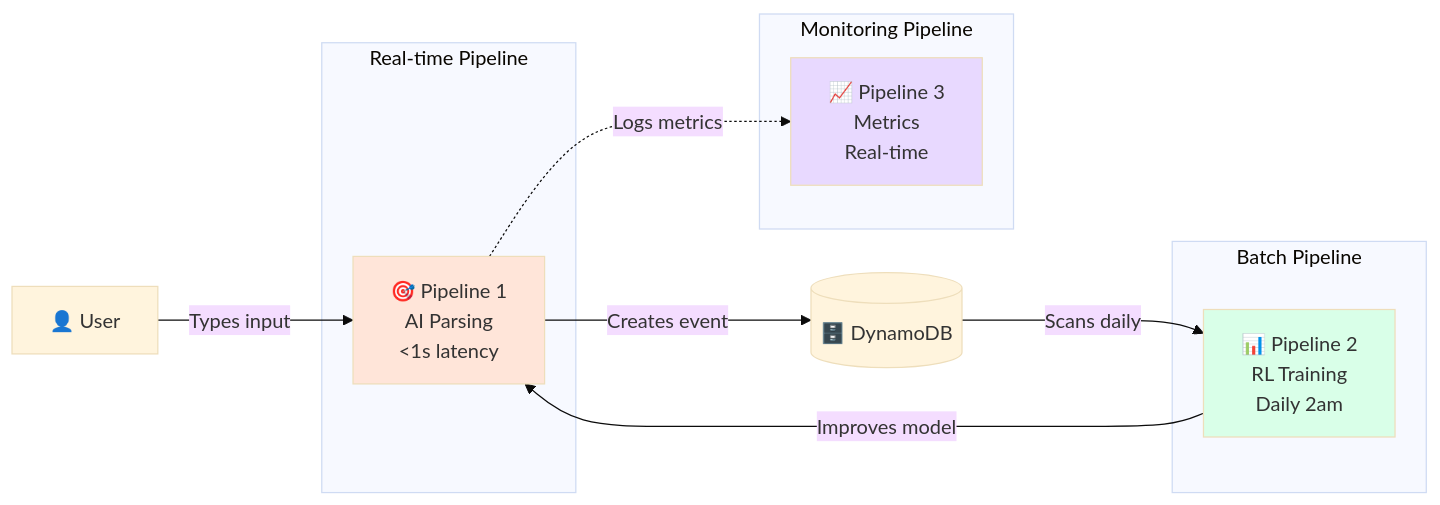
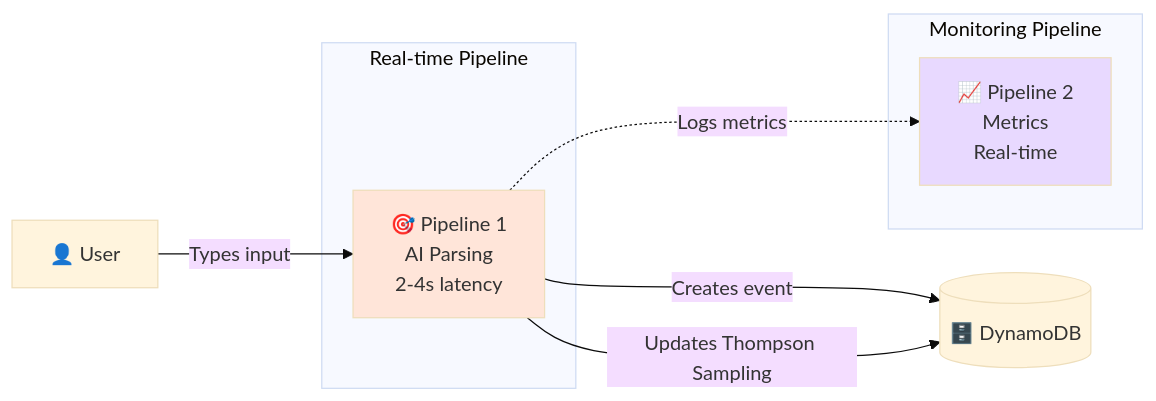
Before and after one commit to UofT-CSC490-W2026/Peachy: the first of 8 diagrams in AI_DATA_PIPELINE.md, drawn with Mermaid (base theme). The commit also changed other lines of this file and 3 other files, not shown here.

````diff
--- a/AI_DATA_PIPELINE.md
+++ b/AI_DATA_PIPELINE.md
@@ -33,24 +33,18 @@
 ```mermaid
 graph LR
     subgraph "Real-time Pipeline"
-        P1[🎯 Pipeline 1<br/>AI Parsing<br/>&lt;1s latency]
-    end
-
-    subgraph "Batch Pipeline"
-        P2[📊 Pipeline 2<br/>RL Training<br/>Daily 2am]
+        P1[🎯 Pipeline 1<br/>AI Parsing<br/>2-4s latency]
     end
 
     subgraph "Monitoring Pipeline"
-        P3[📈 Pipeline 3<br/>Metrics<br/>Real-time]
+        P2[📈 Pipeline 2<br/>Metrics<br/>Real-time]
     end
 
     USER[👤 User] -->|Types input| P1
     P1 -->|Creates event| DB[(🗄️ DynamoDB)]
-    P1 -.->|Logs metrics| P3
-    DB -->|Scans daily| P2
-    P2 -->|Improves model| P1
+    P1 -->|Updates Thompson Sampling| DB
+    P1 -.->|Logs metrics| P2
 
     style P1 fill:#FFE5D9
-    style P2 fill:#D9FFE8
-    style P3 fill:#E8D9FF
+    style P2 fill:#E8D9FF
 ```
````
